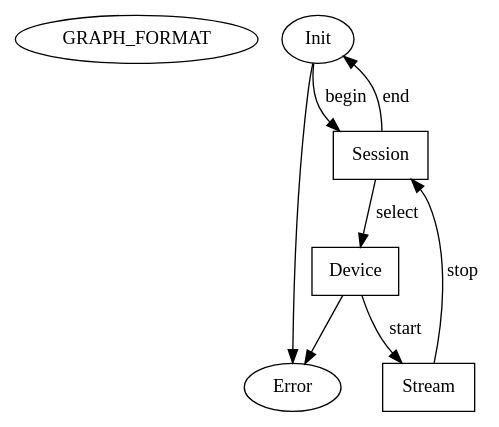
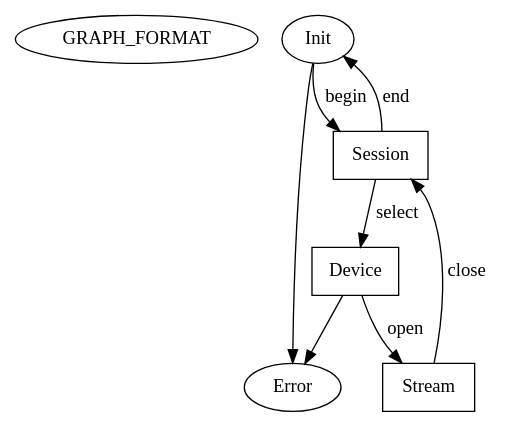
The diagram in doc/graphs/device_states.dot (faudio/faudio), drawn with Graphviz before and after one commit. The commit also changed 14 other files, not shown here.

```diff
--- a/doc/graphs/device_states.dot
+++ b/doc/graphs/device_states.dot
@@ -1,23 +1,23 @@
 
 #include "doc/graphs/header.dot"
 
 digraph graphname {
     GRAPH_FORMAT;
 
     Init    [];
     Error   [];
     Session [shape="rect"];
     Device  [shape="rect"];
     Stream  [shape="rect"];
 
     Init -> Session   [label = "begin"];
 
     Session -> Device [label = "select"];
-    Device -> Stream   [label = "start"];
-    Stream -> Session  [label = "stop"];
+    Device -> Stream   [label = "open"];
+    Stream -> Session  [label = "close"];
     Session -> Init    [label = "end"];
 
     Init -> Error;
     // Stream -> Error [style="invisible", arrowhead="none"];
     Device -> Error;      
 }
```
